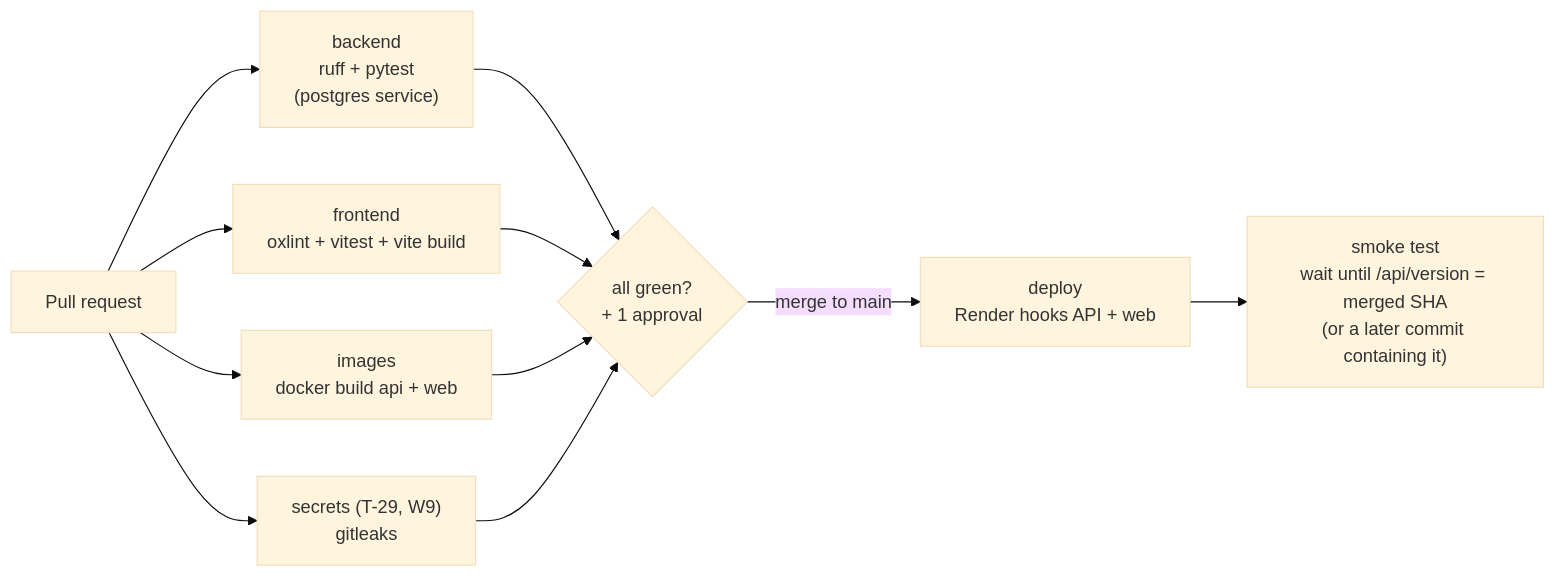
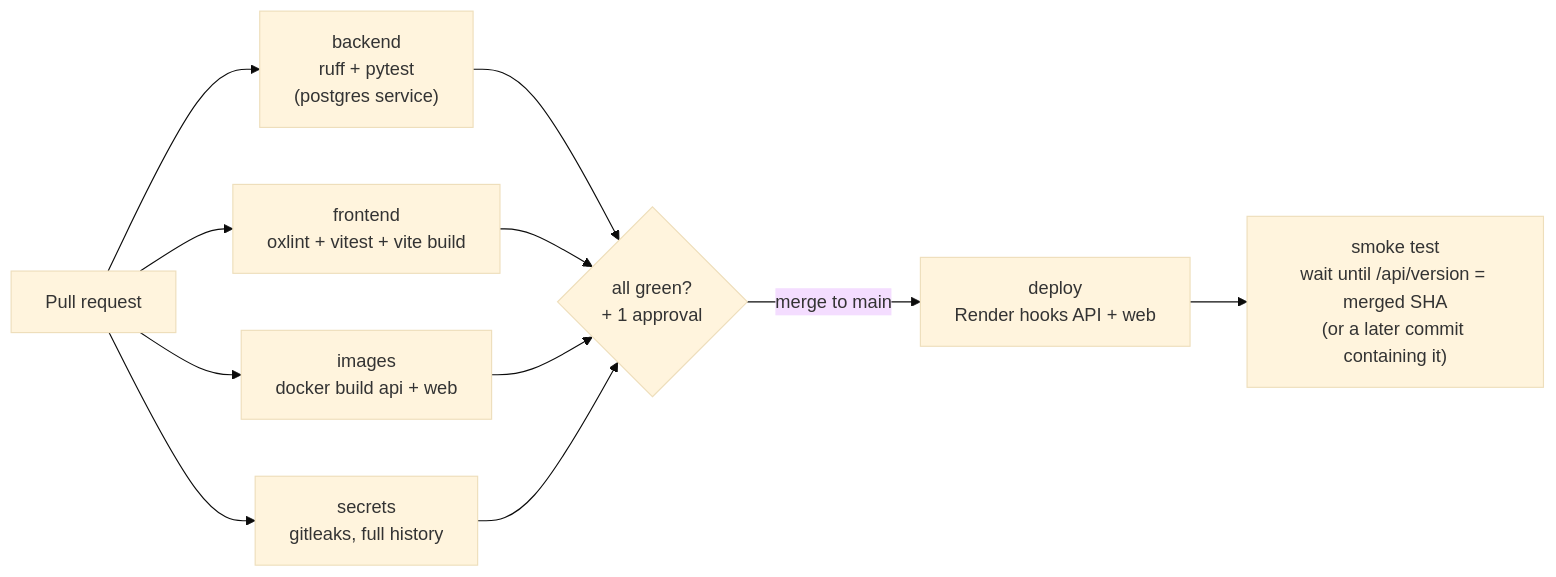
One commit to NeitLN/Fair-Share changed the fifth of 5 diagrams in docs/ARCHITECTURE.md. Above: the diagram before and after it, drawn with Mermaid (base theme). The commit also changed other lines of this file and 4 other files, not shown here.

First line of the commit message:
ci: gitleaks on the whole history for every PR, plus the secret audit record

````diff
--- a/docs/ARCHITECTURE.md
+++ b/docs/ARCHITECTURE.md
@@ -335,10 +335,10 @@
 ```mermaid
 flowchart LR
     PR["Pull request"] --> BE["backend<br/>ruff + pytest<br/>(postgres service)"]
     PR --> FE["frontend<br/>oxlint + vitest + vite build"]
     PR --> IMG["images<br/>docker build api + web"]
-    PR --> SEC["secrets (T-29, W9)<br/>gitleaks"]
+    PR --> SEC["secrets<br/>gitleaks, full history"]
     BE & FE & IMG & SEC --> GATE{"all green?<br/>+ 1 approval"}
     GATE -- "merge to main" --> DEP["deploy<br/>Render hooks API + web"]
     DEP --> SMOKE["smoke test<br/>wait until /api/version = merged SHA<br/>(or a later commit containing it)"]
 ```
````
